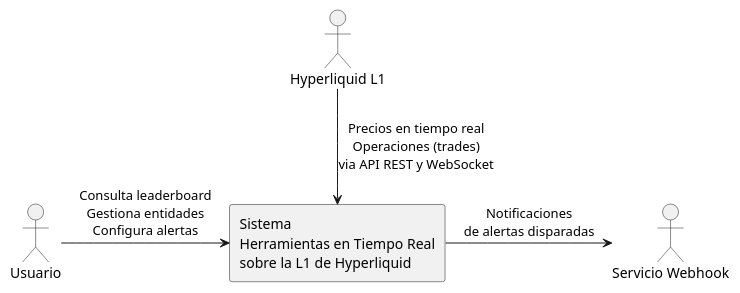
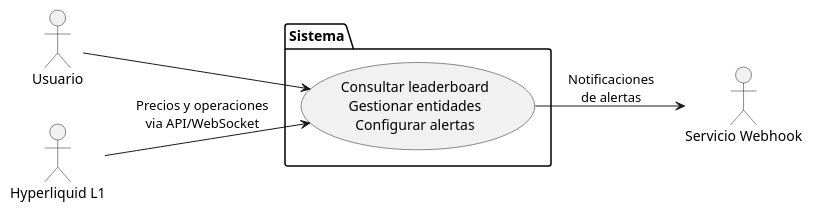
One commit to nekiiiiis/tfg changed the diagram in modelosUML/capitulo2/diagramaDeContexto.puml. Above: the diagram before and after it, drawn with PlantUML. The commit also changed 32 other files, not shown here.

First line of the commit message:
Corregir diagramas cap2 y reducir texto a solo diagramas

```diff
--- a/modelosUML/capitulo2/diagramaDeContexto.puml
+++ b/modelosUML/capitulo2/diagramaDeContexto.puml
@@ -1,15 +1,17 @@
 @startuml
 
-rectangle "Sistema\nHerramientas en Tiempo Real\nsobre la L1 de Hyperliquid" as S
+left to right direction
 
 actor "Usuario" as U
 actor "Hyperliquid L1" as HL
 actor "Servicio Webhook" as SW
 
-U -right-> S : Consulta leaderboard\nGestiona entidades\nConfigura alertas
+package "Sistema" {
+  usecase "Consultar leaderboard\nGestionar entidades\nConfigurar alertas" as SIS
+}
 
-HL -down-> S : Precios en tiempo real\nOperaciones (trades)\nvia API REST y WebSocket
-
-S -right-> SW : Notificaciones\nde alertas disparadas
+U --> SIS
+HL --> SIS : Precios y operaciones\nvia API/WebSocket
+SIS --> SW : Notificaciones\nde alertas
 
 @enduml
```
